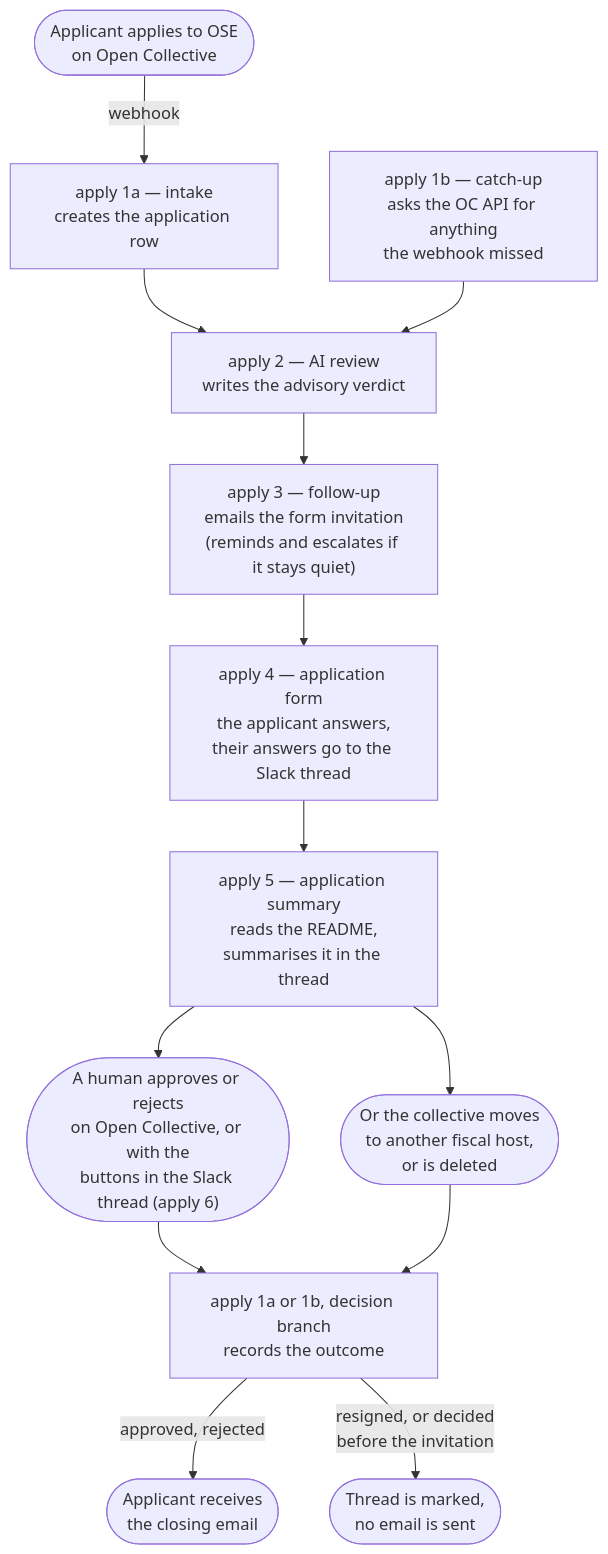
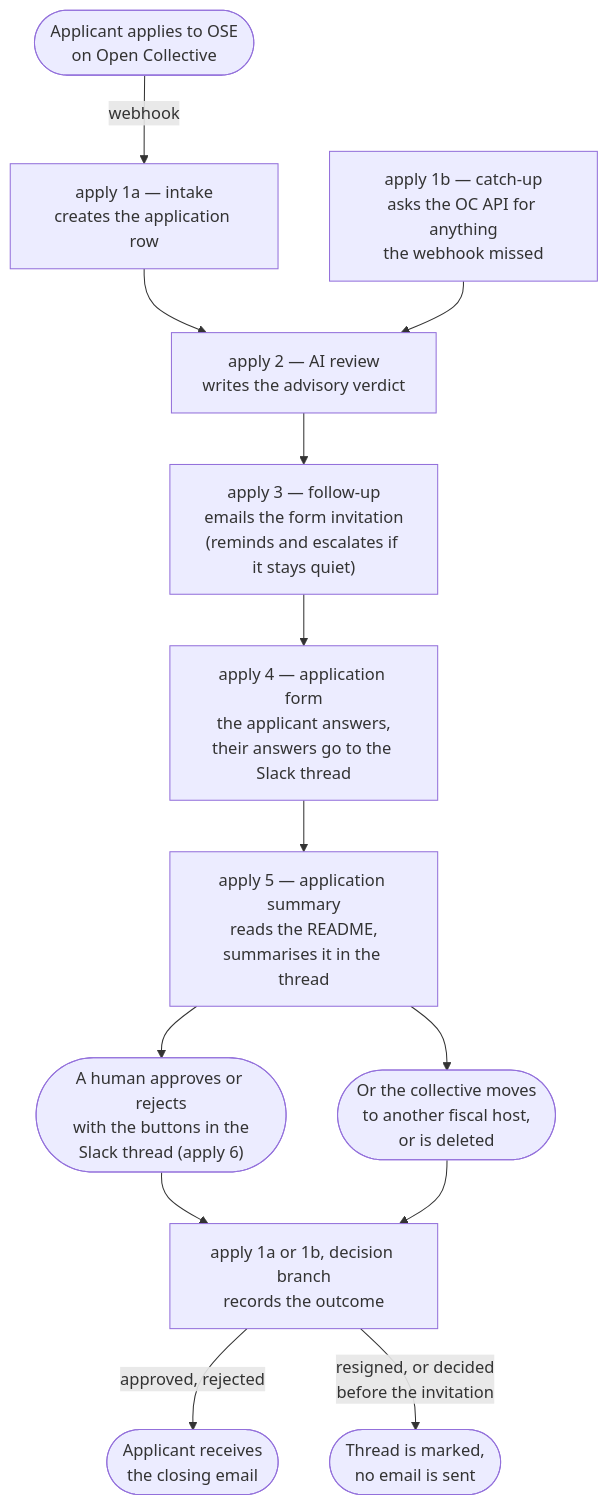
The diagram in automation/README.md (opensourceeurope/community), drawn with Mermaid before and after one commit. The commit also changed other lines of this file and 2 other files, not shown here.

Commit message:
feat: the Slack buttons are the way to decide, and nothing in Slack points to the dashboard

````diff
--- a/automation/README.md
+++ b/automation/README.md
@@ -137,17 +140,17 @@
 ```mermaid
 flowchart TD
     START(["Applicant applies to OSE<br>on Open Collective"])
     START -->|"webhook"| A1a["apply 1a — intake<br>creates the application row"]
     A1b["apply 1b — catch-up<br>asks the OC API for anything<br>the webhook missed"]
     A1a --> A2["apply 2 — AI review<br>writes the advisory verdict"]
     A1b --> A2
     A2 --> A3["apply 3 — follow-up<br>emails the form invitation<br>(reminds and escalates if it stays quiet)"]
     A3 --> A4["apply 4 — application form<br>the applicant answers,<br>their answers go to the Slack thread"]
     A4 --> A5s["apply 5 — application summary<br>reads the README,<br>summarises it in the thread"]
-    A5s --> HUMAN(["A human approves or rejects<br>on Open Collective, or with the<br>buttons in the Slack thread (apply 6)"])
+    A5s --> HUMAN(["A human approves or rejects<br>with the buttons in the<br>Slack thread (apply 6)"])
     A5s --> GONE(["Or the collective moves<br>to another fiscal host,<br>or is deleted"])
     HUMAN --> A5["apply 1a or 1b, decision branch<br>records the outcome"]
     GONE --> A5
     A5 -->|"approved, rejected"| END(["Applicant receives<br>the closing email"])
     A5 -->|"resigned, or decided<br>before the invitation"| MARK(["Thread is marked,<br>no email is sent"])
 ```
````
